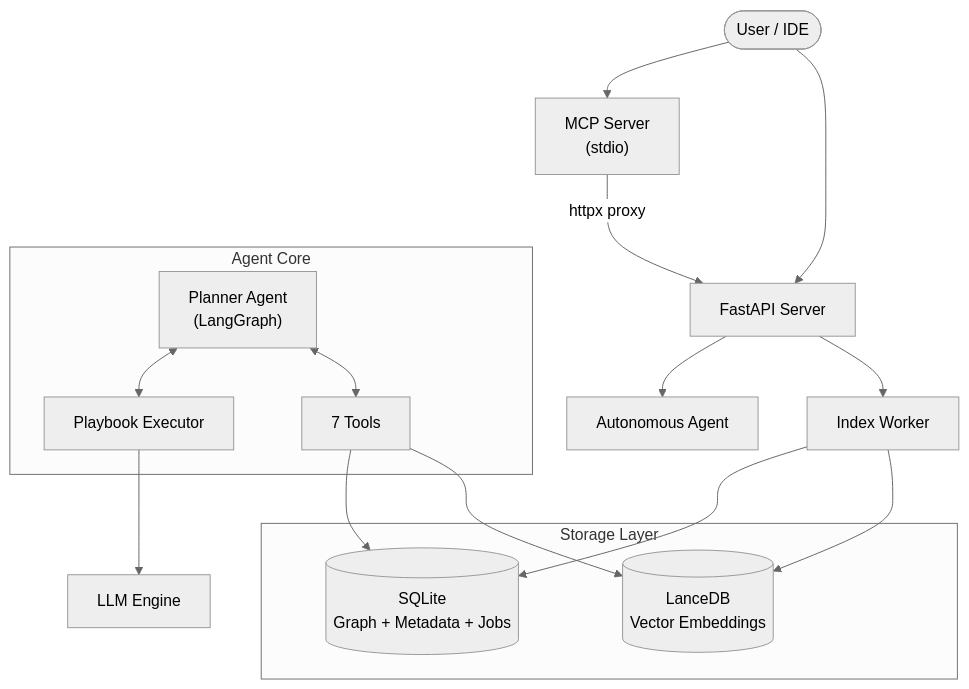
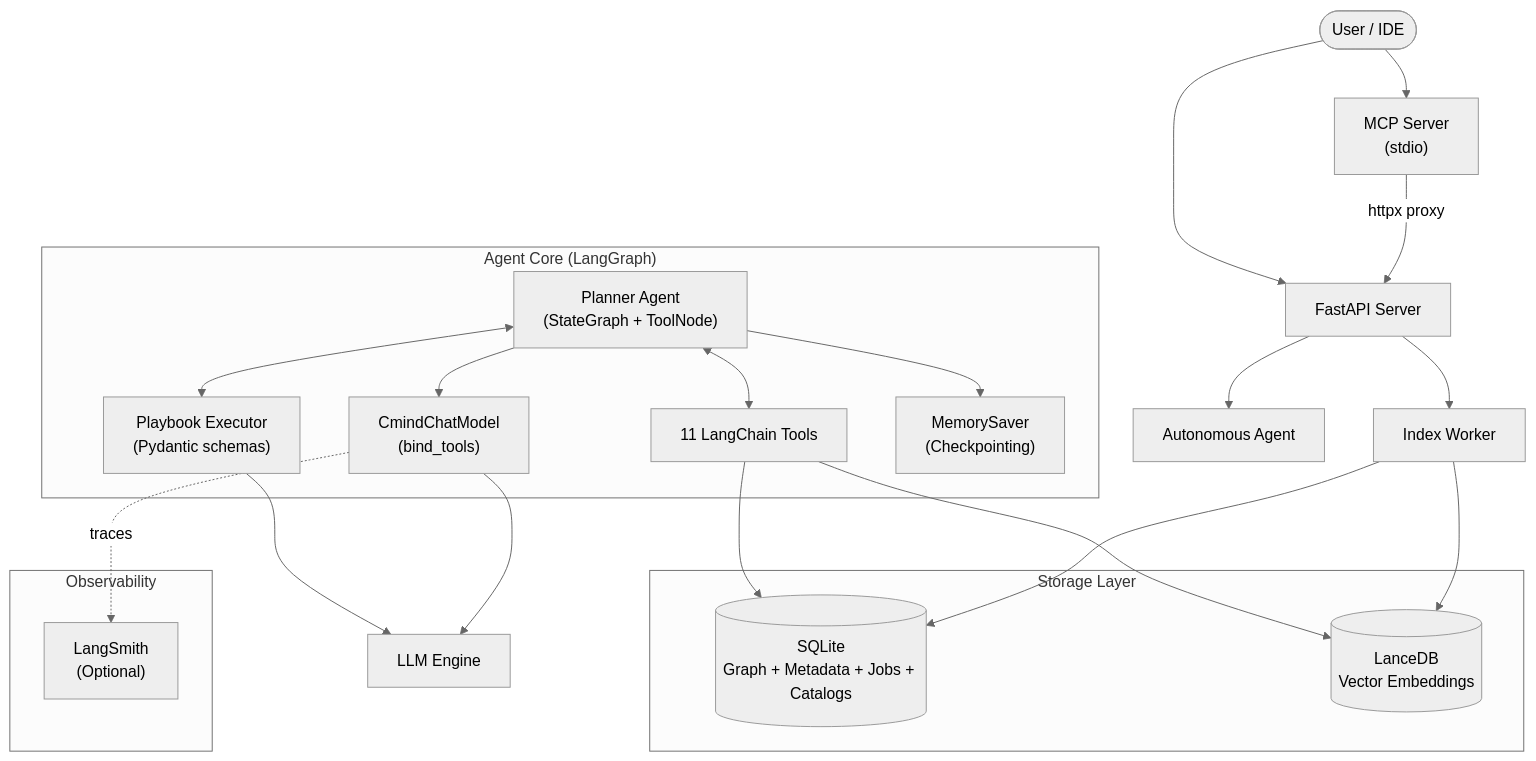
The diagram in README.md (roshinpv1/cmind), drawn with Mermaid (neutral theme) before and after one commit. The commit also changed other lines of this file and 12 other files, not shown here.

````diff
--- a/README.md
+++ b/README.md
@@ -169,25 +220,34 @@
 ```mermaid
 graph TD
     User([User / IDE]) --> MCP["MCP Server<br/>(stdio)"]
     User --> API[FastAPI Server]
     MCP -->|httpx proxy| API
     API --> Agent[Autonomous Agent]
     API --> Worker[Index Worker]
     
-    subgraph "Agent Core"
-        Planner["Planner Agent<br/>(LangGraph)"] <--> Executor[Playbook Executor]
-        Planner <--> Tools["7 Tools"]
+    subgraph "Agent Core (LangGraph)"
+        Planner["Planner Agent<br/>(StateGraph + ToolNode)"] <--> Executor["Playbook Executor<br/>(Pydantic schemas)"]
+        Planner <--> Tools["11 LangChain Tools"]
+        Planner --> CM["CmindChatModel<br/>(bind_tools)"]
+        Planner --> CP["MemorySaver<br/>(Checkpointing)"]
     end
     
     subgraph "Storage Layer"
-        SQLite[("SQLite<br/>Graph + Metadata + Jobs")]
+        SQLite[("SQLite<br/>Graph + Metadata + Jobs + Catalogs")]
         LanceDB[("LanceDB<br/>Vector Embeddings")]
     end
     
     Tools --> SQLite
     Tools --> LanceDB
     Worker --> SQLite
     Worker --> LanceDB
     
     Executor --> LLM[LLM Engine]
+    CM --> LLM
+    
+    subgraph "Observability"
+        LS["LangSmith<br/>(Optional)"]
+    end
+    
+    CM -.->|traces| LS
 ```
````
